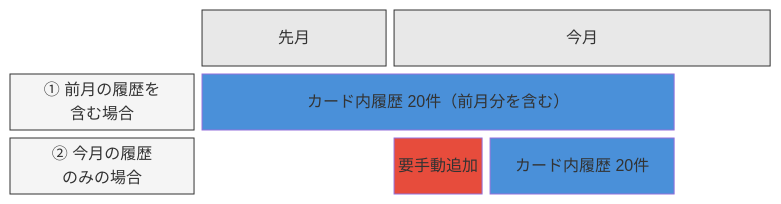
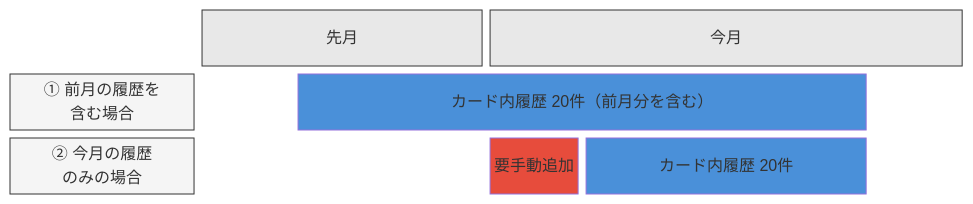
The diagram in ICCardManager/docs/manual/管理者マニュアル.md (kuwayamamasayuki/ICCardManager), drawn with Mermaid before and after one commit.

Commit message:
docs: ケース①の帯の開始位置を先月途中に調整 (#950)
10列構成に変更し、ケース①の「カード内履歴20件（前月分を含む）」
の帯が先月の途中から始まるようにして、先月初めからの履歴がある
ように誤解されないよう修正。

````diff
--- a/ICCardManager/docs/manual/管理者マニュアル.md
+++ b/ICCardManager/docs/manual/管理者マニュアル.md
@@ -376,23 +376,24 @@
 ```mermaid
 block-beta
-    columns 8
-    space:2 B["先月"]:2 C["今月"]:4
+    columns 10
+    space:2 B["先月"]:3 C["今月"]:5
 
     A1["① 前月の履歴を\n含む場合"]:2
-    D1["カード内履歴 20件（前月分を含む）"]:5
+    space:1
+    D1["カード内履歴 20件（前月分を含む）"]:6
     space:1
 
     A2["② 今月の履歴\nのみの場合"]:2
-    space:2
+    space:3
     E2["要手動追加"]:1
-    D2["カード内履歴 20件"]:2
+    D2["カード内履歴 20件"]:3
     space:1
 
     style D1 fill:#4A90D9,color:#fff
     style D2 fill:#4A90D9,color:#fff
     style E2 fill:#E74C3C,color:#fff
     style A1 fill:#f5f5f5,stroke:#333
     style A2 fill:#f5f5f5,stroke:#333
     style B fill:#e8e8e8,stroke:#333
     style C fill:#e8e8e8,stroke:#333
 ```
````
